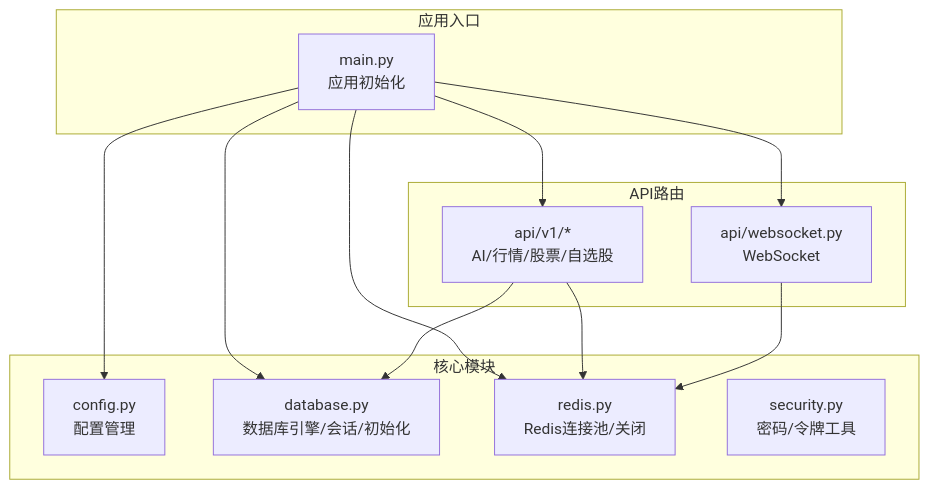
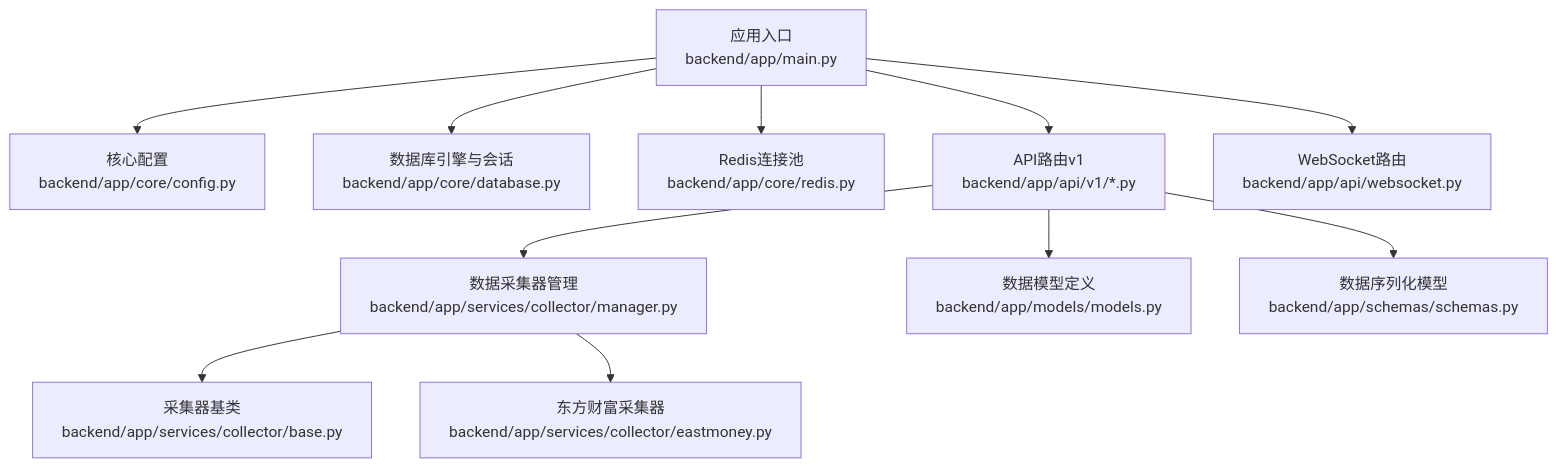
One commit to We3le7/stock-view changed the first of 11 diagrams in .qoder/repowiki/zh/content/后端开发/FastAPI应用架构.md. Above: the diagram before and after it, drawn with Mermaid. The commit also changed other lines of this file and 142 other files, not shown here.

````diff
--- a/.qoder/repowiki/zh/content/后端开发/FastAPI应用架构.md
+++ b/.qoder/repowiki/zh/content/后端开发/FastAPI应用架构.md
@@ -34,24 +40,13 @@
 ```mermaid
 graph TB
-subgraph "应用入口"
-M["main.py<br/>应用初始化"]
-end
-subgraph "核心模块"
-C["config.py<br/>配置管理"]
-D["database.py<br/>数据库引擎/会话/初始化"]
-R["redis.py<br/>Redis连接池/关闭"]
-S["security.py<br/>密码/令牌工具"]
-end
-subgraph "API路由"
-V1["api/v1/*<br/>AI/行情/股票/自选股"]
-WS["api/websocket.py<br/>WebSocket"]
-end
-M --> C
-M --> D
-M --> R
-M --> V1
-M --> WS
-V1 --> D
-V1 --> R
-WS --> R
+A["应用入口<br/>backend/app/main.py"] --> B["核心配置<br/>backend/app/core/config.py"]
+A --> C["数据库引擎与会话<br/>backend/app/core/database.py"]
+A --> D["Redis连接池<br/>backend/app/core/redis.py"]
+A --> E["API路由v1<br/>backend/app/api/v1/*.py"]
+A --> F["WebSocket路由<br/>backend/app/api/websocket.py"]
+E --> G["数据采集器管理<br/>backend/app/services/collector/manager.py"]
+G --> H["采集器基类<br/>backend/app/services/collector/base.py"]
+G --> I["东方财富采集器<br/>backend/app/services/collector/eastmoney.py"]
+E --> J["数据模型定义<br/>backend/app/models/models.py"]
+E --> K["数据序列化模型<br/>backend/app/schemas/schemas.py"]
 ```
````
